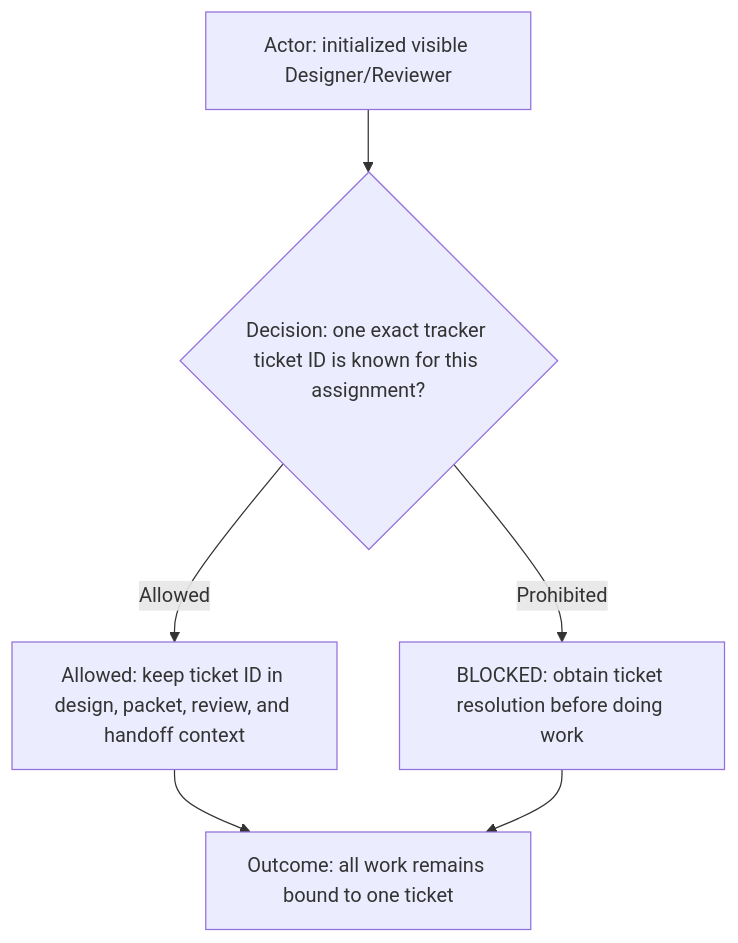
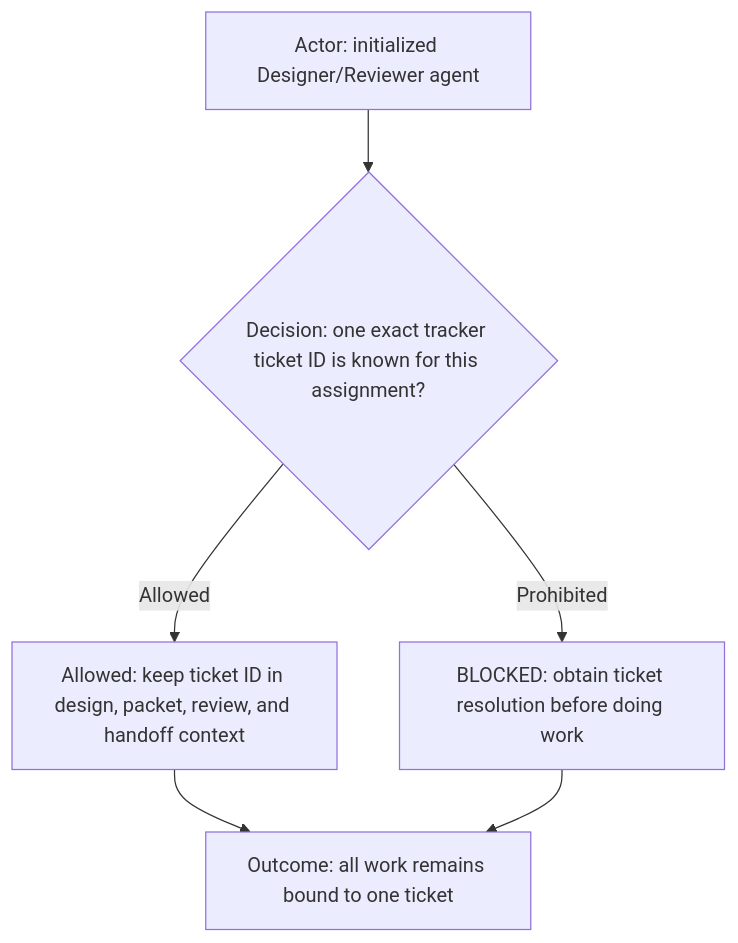
The sixth of 21 diagrams in ai-workflows/_common/roles/designer-reviewer.md (starodubtsevconsulting/ai-fleas), drawn with Mermaid before and after one commit. The commit also changed other lines of this file and 15 other files, not shown here.

````diff
--- a/ai-workflows/_common/roles/designer-reviewer.md
+++ b/ai-workflows/_common/roles/designer-reviewer.md
@@ -122,8 +122,8 @@
 ```mermaid
 flowchart TD
-  Actor["Actor: initialized visible Designer/Reviewer"] --> Decision{"Decision: one exact tracker ticket ID is known for this assignment?"}
+  Actor["Actor: initialized Designer/Reviewer agent"] --> Decision{"Decision: one exact tracker ticket ID is known for this assignment?"}
   Decision -->|Allowed| Route["Allowed: keep ticket ID in design, packet, review, and handoff context"]
   Decision -->|Prohibited| Blocked["BLOCKED: obtain ticket resolution before doing work"]
   Route --> Outcome["Outcome: all work remains bound to one ticket"]
   Blocked --> Outcome
 ```
````
